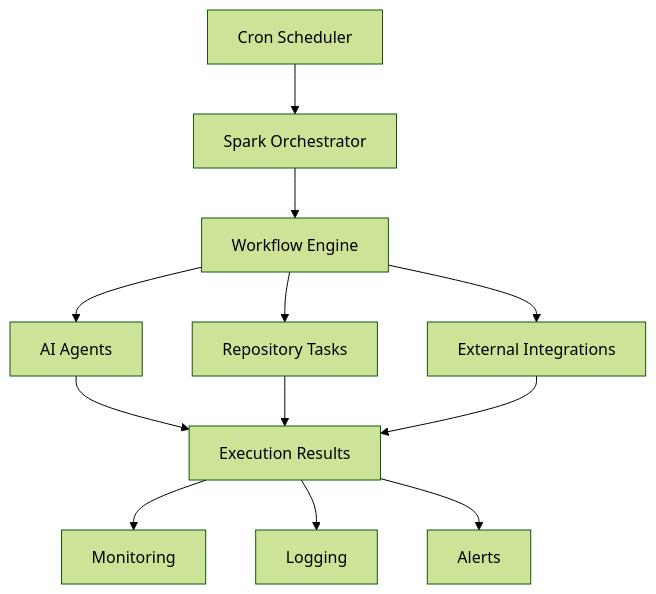
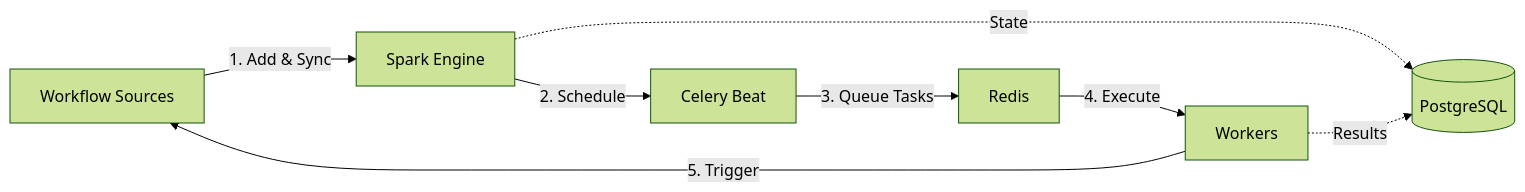
One commit to namastexlabs/automagik-docs changed the first of 2 diagrams in spark/introduction.mdx. Above: the diagram before and after it, drawn with Mermaid (forest theme). The commit also changed other lines of this file and 30 other files, not shown here.

````diff
--- a/spark/introduction.mdx
+++ b/spark/introduction.mdx
@@ -97,16 +41,10 @@
 ```mermaid
-graph TB
-    A[Cron Scheduler] --> B[Spark Orchestrator]
-    B --> C[Workflow Engine]
-    C --> D[AI Agents]
-    C --> E[Repository Tasks]
-    C --> F[External Integrations]
-
-    D --> G[Execution Results]
-    E --> G
-    F --> G
-
-    G --> H[Monitoring]
-    G --> I[Logging]
-    G --> J[Alerts]
+graph LR
+    A[Workflow Sources] -->|1. Add & Sync| B[Spark Engine]
+    B -->|2. Schedule| C[Celery Beat]
+    C -->|3. Queue Tasks| D[Redis]
+    D -->|4. Execute| E[Workers]
+    E -->|5. Trigger| A
+    B -.->|State| F[(PostgreSQL)]
+    E -.->|Results| F
 ```
````
